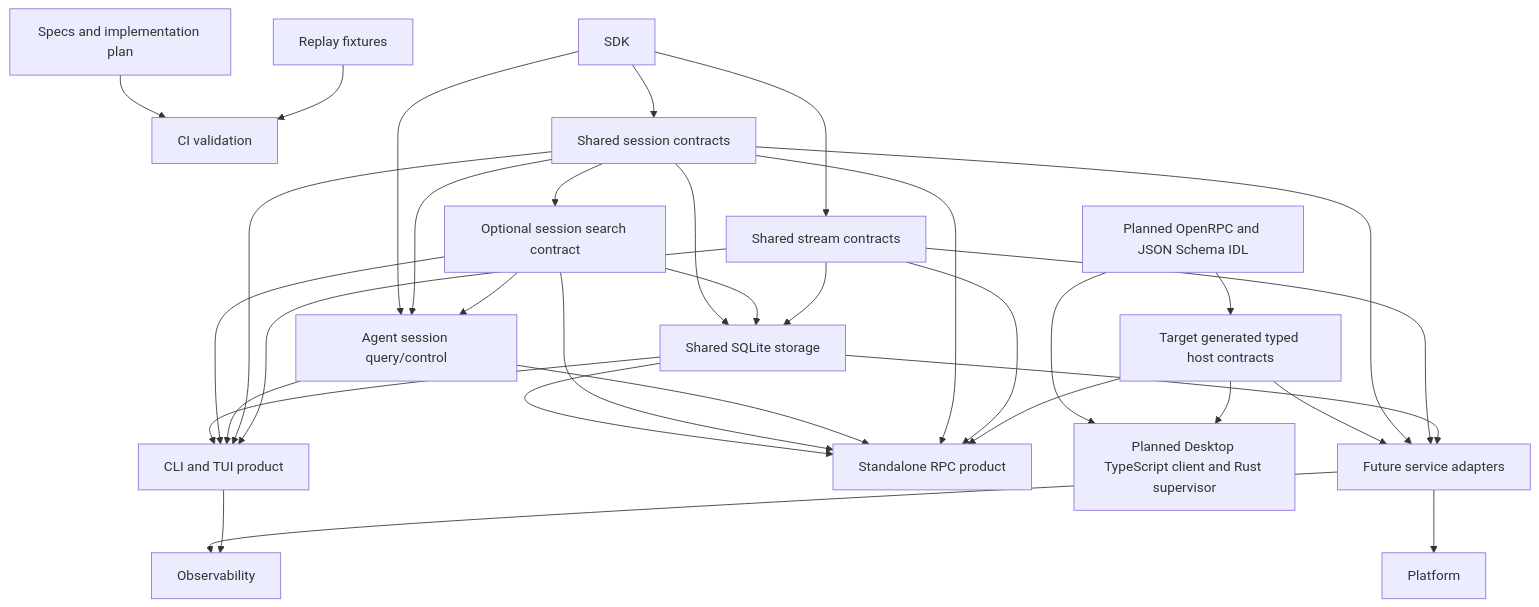
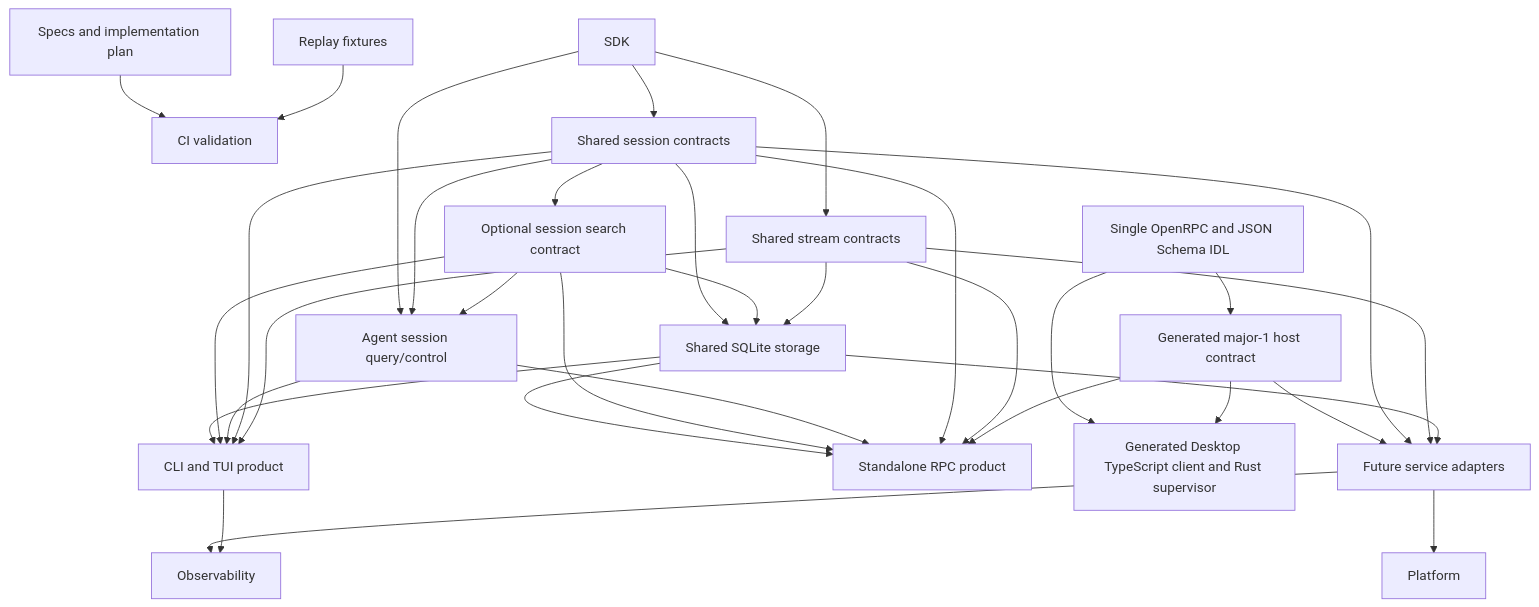
One commit to Wh1isper/starweaver changed the diagram in spec/ops/README.md. Above: the diagram before and after it, drawn with Mermaid. The commit also changed other lines of this file and 209 other files, not shown here.

First line of the commit message:
feat(rpc): adopt generated host protocol boundary (#87)

````diff
--- a/spec/ops/README.md
+++ b/spec/ops/README.md
@@ -26,53 +26,53 @@
 ```mermaid
 flowchart TD
     ci[CI validation]
     replay[Replay fixtures]
     specs[Specs and implementation plan]
     sdk[SDK]
     session[Shared session contracts]
     search[Optional session search contract]
     management[Agent session query/control]
     stream[Shared stream contracts]
     storage[Shared SQLite storage]
     cli[CLI and TUI product]
     rpc[Standalone RPC product]
-    hostidl[Planned OpenRPC and JSON Schema IDL]
-    hostrpc[Target generated typed host contracts]
-    desktop[Planned Desktop TypeScript client and Rust supervisor]
+    hostidl[Single OpenRPC and JSON Schema IDL]
+    hostrpc[Generated major-1 host contract]
+    desktop[Generated Desktop TypeScript client and Rust supervisor]
     service[Future service adapters]
     observability[Observability]
     platform[Platform]
 
     specs --> ci
     replay --> ci
     sdk --> session
     sdk --> management
     sdk --> stream
     session --> search
     session --> management
     search --> management
     session --> storage
     search --> storage
     stream --> storage
     storage --> cli
     search --> cli
     management --> cli
     session --> cli
     stream --> cli
     storage --> rpc
     search --> rpc
     management --> rpc
     session --> rpc
     stream --> rpc
     hostidl --> hostrpc
     hostrpc --> rpc
     hostidl --> desktop
     hostrpc --> desktop
     hostrpc --> service
     session --> service
     stream --> service
     storage --> service
     service --> observability
     cli --> observability
     service --> platform
 ```
````
